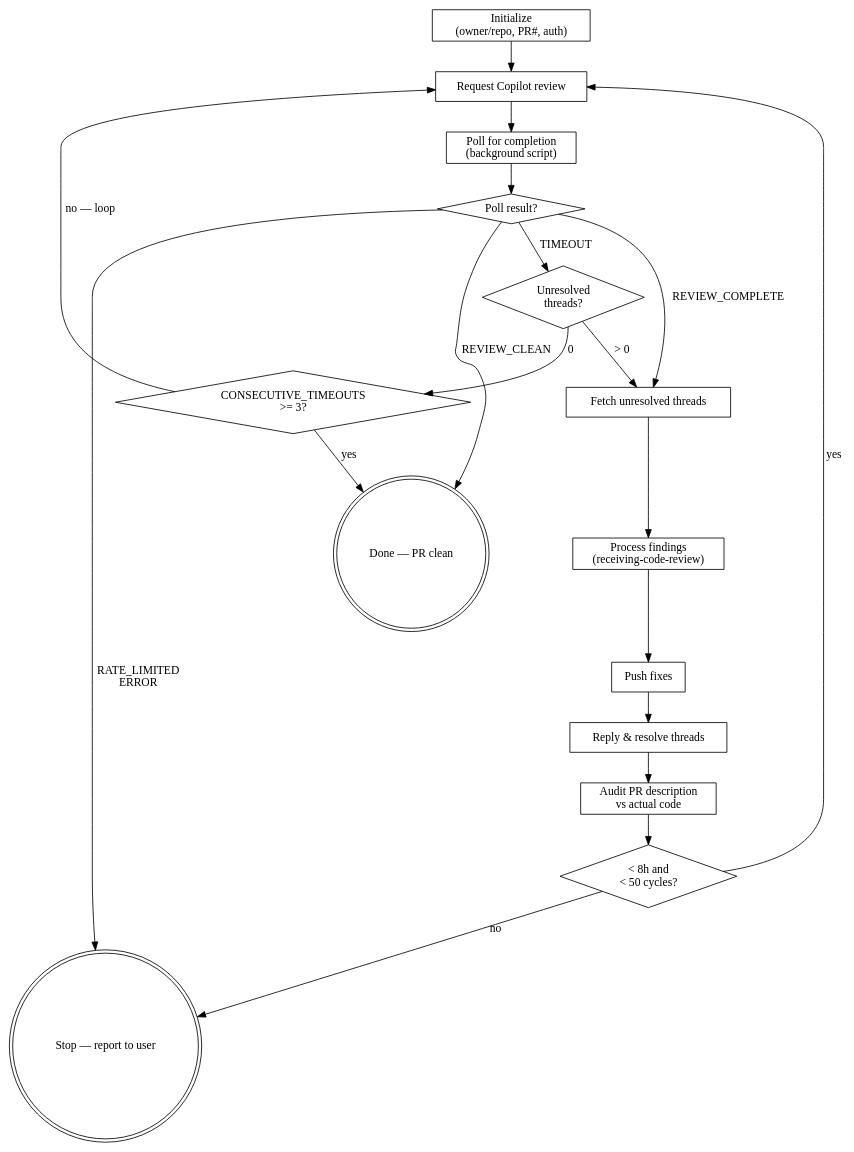
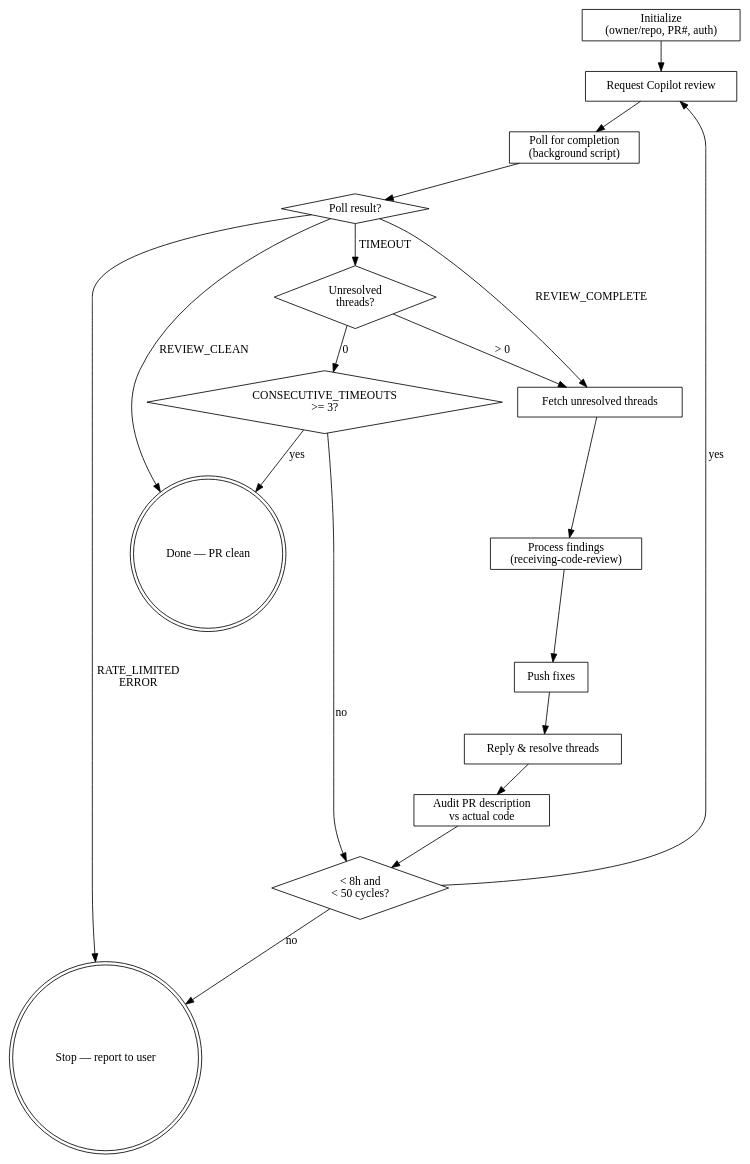
Before and after one commit to perezd/codetainer: the diagram in skills/copilot-review/SKILL.md, drawn with Graphviz. The commit also changed other lines of this file, not shown here.

First line of the commit message:
fix(skills): route timeout convergence through loop guard, clarify STALE_REVIEW_ID

````diff
--- a/skills/copilot-review/SKILL.md
+++ b/skills/copilot-review/SKILL.md
@@ -23,39 +23,39 @@
 ```dot
 digraph copilot_review {
     rankdir=TB;
 
     init [label="Initialize\n(owner/repo, PR#, auth)" shape=box];
     request [label="Request Copilot review" shape=box];
     poll [label="Poll for completion\n(background script)" shape=box];
     result [label="Poll result?" shape=diamond];
     timeout_query [label="Unresolved\nthreads?" shape=diamond];
     timeout_converge [label="CONSECUTIVE_TIMEOUTS\n>= 3?" shape=diamond];
     fetch [label="Fetch unresolved threads" shape=box];
     process [label="Process findings\n(receiving-code-review)" shape=box];
     push [label="Push fixes" shape=box];
     resolve [label="Reply & resolve threads" shape=box];
     desc_audit [label="Audit PR description\nvs actual code" shape=box];
     guard [label="< 8h and\n< 50 cycles?" shape=diamond];
     done_clean [label="Done — PR clean" shape=doublecircle];
     done_stop [label="Stop — report to user" shape=doublecircle];
 
     init -> request;
     request -> poll;
     poll -> result;
     result -> done_clean [label="REVIEW_CLEAN"];
     result -> timeout_query [label="TIMEOUT"];
     result -> done_stop [label="RATE_LIMITED\nERROR"];
     result -> fetch [label="REVIEW_COMPLETE"];
     timeout_query -> fetch [label="> 0"];
     timeout_query -> timeout_converge [label="0"];
     timeout_converge -> done_clean [label="yes"];
-    timeout_converge -> request [label="no — loop"];
+    timeout_converge -> guard [label="no"];
     fetch -> process;
     process -> push;
     push -> resolve;
     resolve -> desc_audit;
     desc_audit -> guard;
     guard -> request [label="yes"];
     guard -> done_stop [label="no"];
 }
 ```
````
